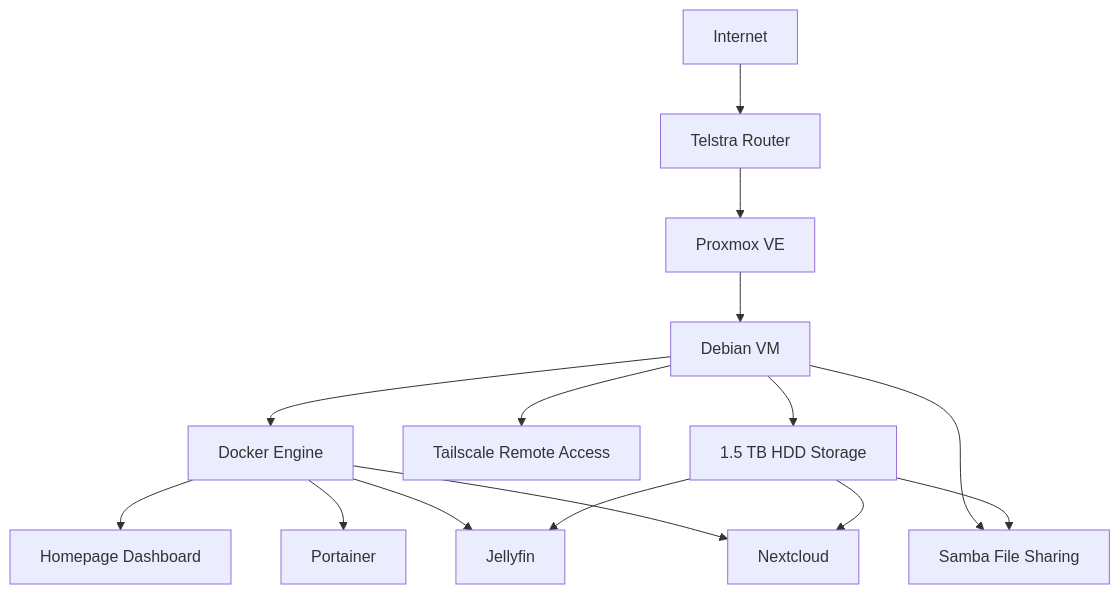
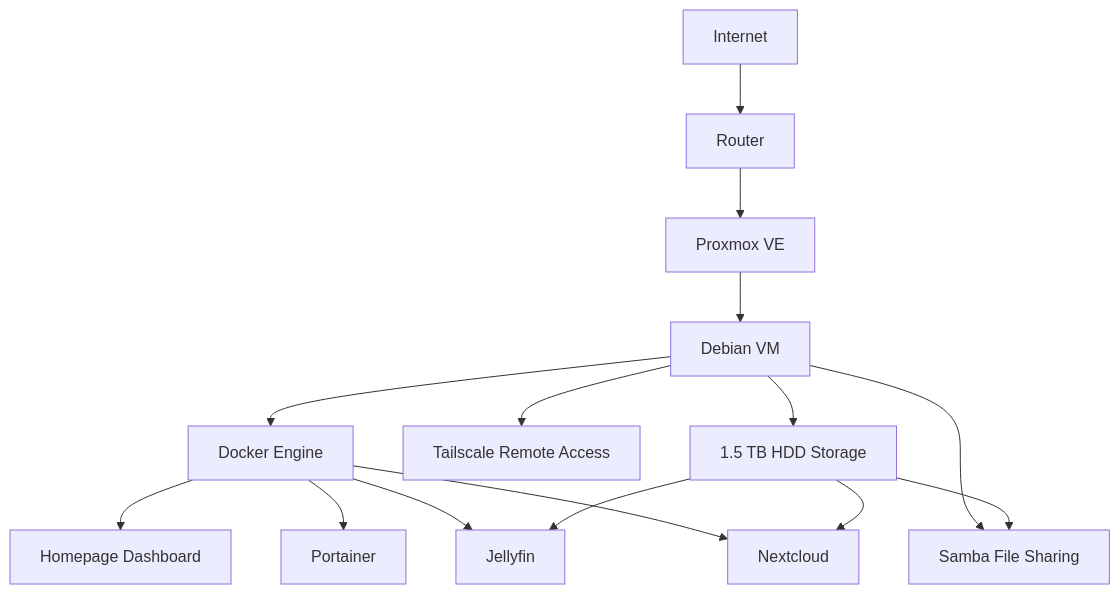
Before and after one commit to davidsms11/homelab: the diagram in README.md, drawn with Mermaid.

Commit message:
docs: improve repository structure and architecture

````diff
--- a/README.md
+++ b/README.md
@@ -62,21 +62,21 @@
 ```mermaid
 flowchart TD
-    Internet[Internet] --> Router[Telstra Router]
+    Internet[Internet] --> Router[ Router]
     Router --> Proxmox[Proxmox VE]
 
     Proxmox --> Debian[Debian VM]
 
     Debian --> Docker[Docker Engine]
     Debian --> Samba[Samba File Sharing]
     Debian --> Tailscale[Tailscale Remote Access]
     Debian --> Storage[1.5 TB HDD Storage]
 
     Docker --> Homepage[Homepage Dashboard]
     Docker --> Portainer[Portainer]
     Docker --> Jellyfin[Jellyfin]
     Docker --> Nextcloud[Nextcloud]
 
     Storage --> Jellyfin
     Storage --> Nextcloud
     Storage --> Samba
 ```
````
